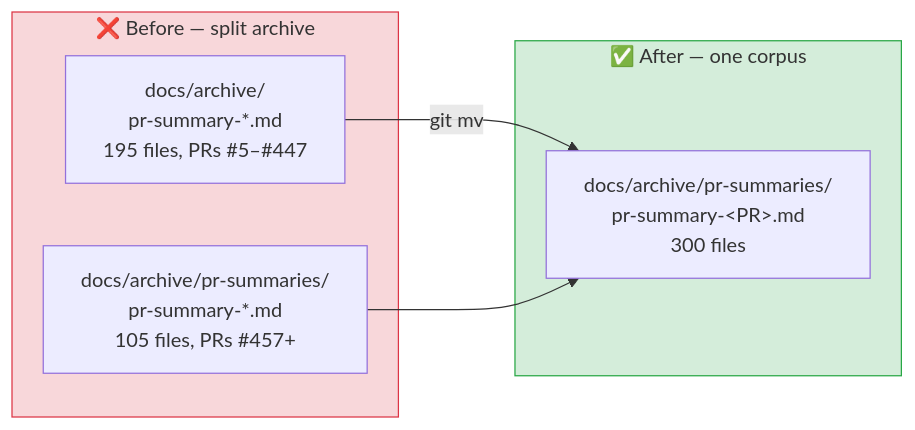
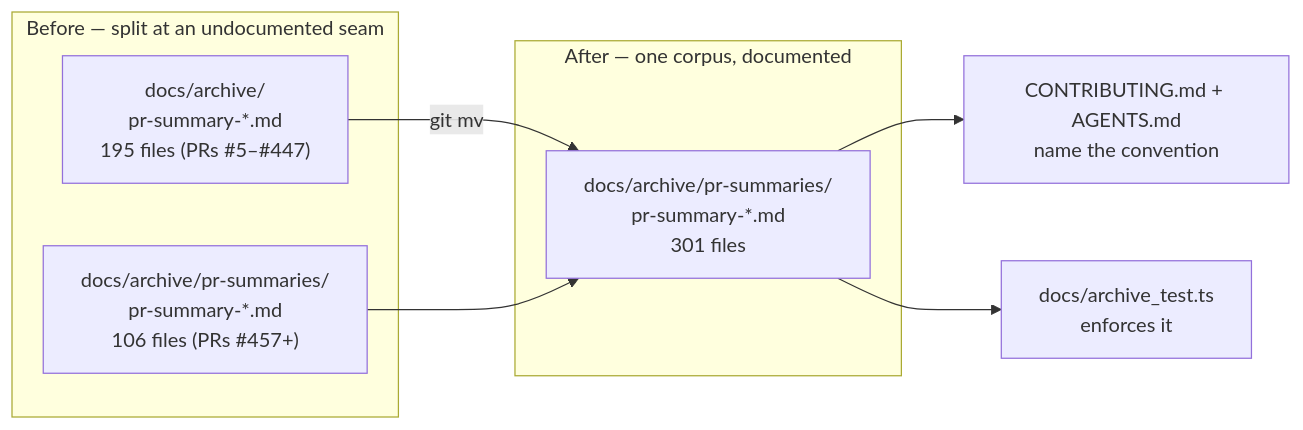
Before and after one commit to stSoftwareAU/NEAT-AI-Examples: the diagram in docs/archive/pr-summaries/pr-summary-792.md, drawn with Mermaid. The commit also changed other lines of this file, not shown here.

````diff
--- a/docs/archive/pr-summaries/pr-summary-792.md
+++ b/docs/archive/pr-summaries/pr-summary-792.md
@@ -26,17 +35,14 @@
 ```mermaid
 flowchart LR
-    subgraph before ["❌ Before — split archive"]
-        F1["docs/archive/<br/>pr-summary-*.md<br/>195 files, PRs #5–#447"]
-        F2["docs/archive/pr-summaries/<br/>pr-summary-*.md<br/>105 files, PRs #457+"]
+    subgraph BEFORE["Before — split at an undocumented seam"]
+        A1["docs/archive/<br/>pr-summary-*.md<br/>195 files (PRs #5–#447)"]
+        A2["docs/archive/pr-summaries/<br/>pr-summary-*.md<br/>106 files (PRs #457+)"]
     end
-
-    subgraph after ["✅ After — one corpus"]
-        A1["docs/archive/pr-summaries/<br/>pr-summary-&lt;PR&gt;.md<br/>300 files"]
+    subgraph AFTER["After — one corpus, documented"]
+        B1["docs/archive/pr-summaries/<br/>pr-summary-*.md<br/>301 files"]
     end
-
-    F1 -- "git mv" --> A1
-    F2 --> A1
-
-    style before fill:#f8d7da,stroke:#dc3545,color:#333
-    style after fill:#d4edda,stroke:#28a745,color:#333
+    A1 -->|git mv| B1
+    A2 --> B1
+    B1 --> C["CONTRIBUTING.md + AGENTS.md<br/>name the convention"]
+    B1 --> D["docs/archive_test.ts<br/>enforces it"]
 ```
````
